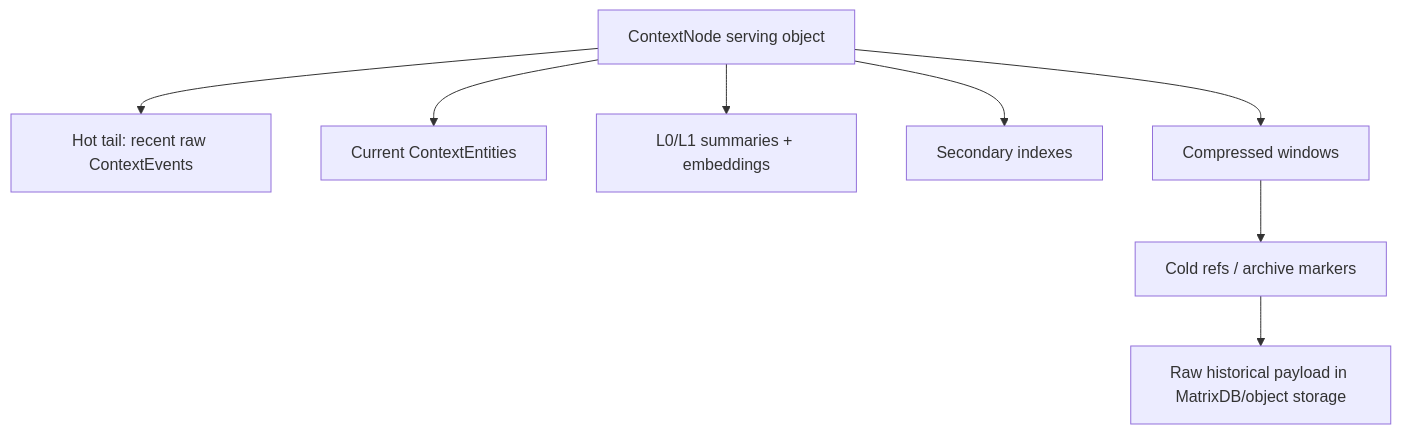
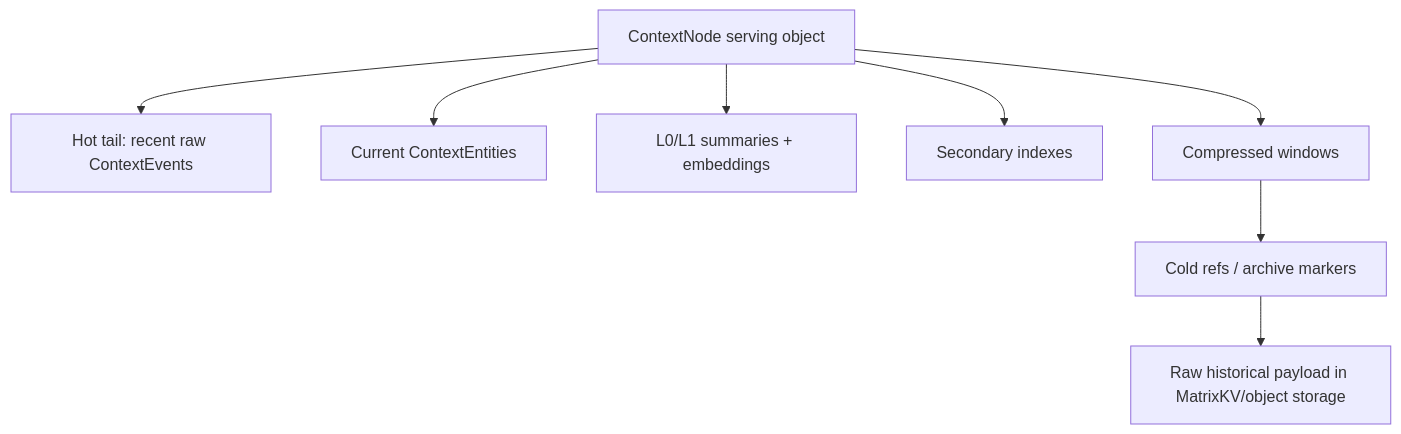
The first of 6 diagrams in docs/matrixark_temporalstore_cold_archive_matrixdb_matrixkv.md (matrixarkai/TemporalStore), drawn with Mermaid before and after one commit. The commit also changed other lines of this file and 2 other files, not shown here.

Commit message:
Clarify MatrixKV cold archive role

````diff
--- a/docs/matrixark_temporalstore_cold_archive_matrixdb_matrixkv.md
+++ b/docs/matrixark_temporalstore_cold_archive_matrixdb_matrixkv.md
@@ -42,19 +42,19 @@
 ```mermaid
 flowchart TD
   A["ContextNode serving object"]
   B["Hot tail: recent raw ContextEvents"]
   C["Current ContextEntities"]
   D["L0/L1 summaries + embeddings"]
   E["Secondary indexes"]
   F["Compressed windows"]
   G["Cold refs / archive markers"]
-  H["Raw historical payload in MatrixDB/object storage"]
+  H["Raw historical payload in MatrixKV/object storage"]
 
   A --> B
   A --> C
   A --> D
   A --> E
   A --> F
   F --> G
   G --> H
 ```
````
